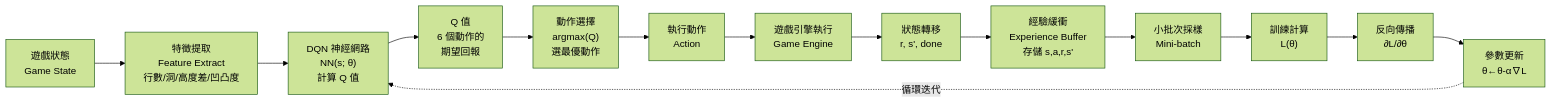
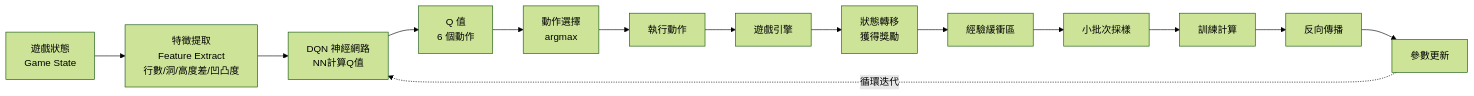
The second of 5 diagrams in doc/TetrAI_Proposal.md (C111112104/ML_Game), drawn with Mermaid (forest theme) before and after one commit. The commit also changed other lines of this file, not shown here.

````diff
--- a/doc/TetrAI_Proposal.md
+++ b/doc/TetrAI_Proposal.md
@@ -161,30 +161,30 @@
 ```mermaid
 graph LR
     GameState["遊戲狀態<br/>Game State"]
     FeatureExtract["特徵提取<br/>Feature Extract<br/>行數/洞/高度差/凹凸度"]
-    DQNNetwork["DQN 神經網路<br/>NN(s; θ)<br/>計算 Q 值"]
-    QValues["Q 值<br/>6 個動作的<br/>期望回報"]
-    ActionSelect["動作選擇<br/>argmax(Q)<br/>選最優動作"]
-    Action["執行動作<br/>Action"]
-    Executor["遊戲引擎執行<br/>Game Engine"]
-    Transition["狀態轉移<br/>r, s', done"]
-    ExpBuffer["經驗緩衝<br/>Experience Buffer<br/>存儲 s,a,r,s'"]
-    MiniBatch["小批次採樣<br/>Mini-batch"]
-    Training["訓練計算<br/>L(θ)"]
-    Backprop["反向傳播<br/>∂L/∂θ"]
-    Update["參數更新<br/>θ←θ-α∇L"]
+    DQNNetwork["DQN 神經網路<br/>NN計算Q值"]
+    QValues["Q 值<br/>6 個動作"]
+    ActionSelect["動作選擇<br/>argmax"]
+    Action["執行動作"]
+    Executor["遊戲引擎"]
+    Transition["狀態轉移<br/>獲得獎勵"]
+    ExpBuffer["經驗緩衝區"]
+    MiniBatch["小批次採樣"]
+    Training["訓練計算"]
+    Backprop["反向傳播"]
+    Update["參數更新"]
     
     GameState --> FeatureExtract
     FeatureExtract --> DQNNetwork
     DQNNetwork --> QValues
     QValues --> ActionSelect
     ActionSelect --> Action
     Action --> Executor
     Executor --> Transition
     Transition --> ExpBuffer
     ExpBuffer --> MiniBatch
     MiniBatch --> Training
     Training --> Backprop
     Backprop --> Update
     Update -.循環迭代.-> DQNNetwork
 ```
````
